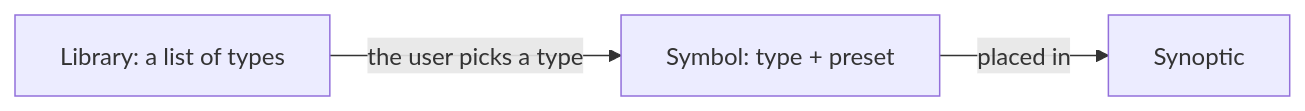
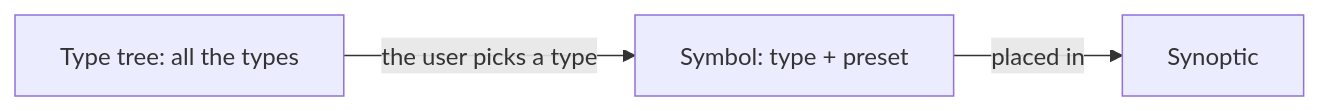
The third of 3 diagrams in metadata/README.md (AlexandreGallais/synoptic-studio-spec), drawn with Mermaid before and after one commit. The commit also changed other lines of this file and 20 other files, not shown here.

````diff
--- a/metadata/README.md
+++ b/metadata/README.md
@@ -53,5 +53,5 @@
 ```mermaid
 flowchart LR
-    L["Library: a list of types"] -->|"the user picks a type"| S["Symbol: type + preset"]
+    L["Type tree: all the types"] -->|"the user picks a type"| S["Symbol: type + preset"]
     S -->|"placed in"| Y["Synoptic"]
 ```
````
